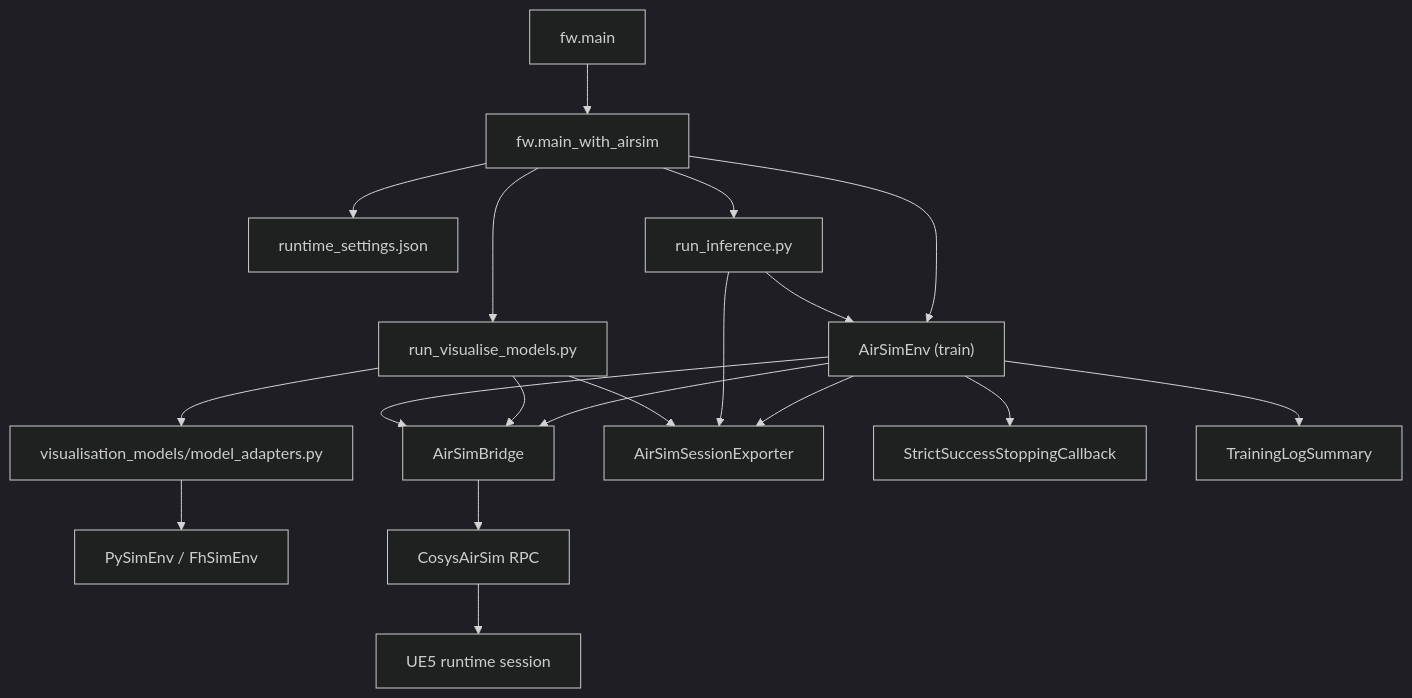
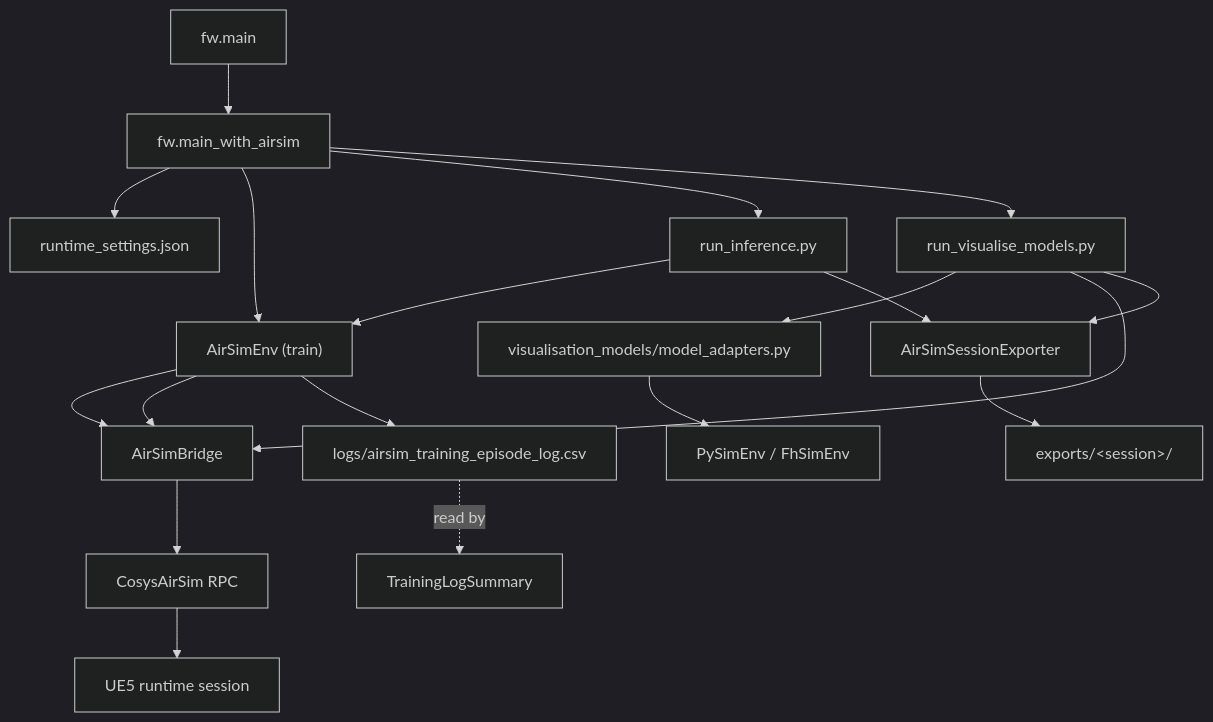
Before and after one commit to UAntwerpM4S/RudoLF: the second of 6 diagrams in docs/airsim_architecture.md, drawn with Mermaid (dark theme). The commit also changed other lines of this file and 3 other files, not shown here.

````diff
--- a/docs/airsim_architecture.md
+++ b/docs/airsim_architecture.md
@@ -30,26 +30,26 @@
 ```mermaid
 flowchart TD
     A["fw.main"] --> B["fw.main_with_airsim"]
     B --> C["runtime_settings.json"]
 
     B --> D["AirSimEnv (train)"]
     B --> E["run_inference.py"]
     B --> F["run_visualise_models.py"]
 
     D --> G["AirSimBridge"]
     E --> D
     F --> H["visualisation_models/model_adapters.py"]
     H --> I["PySimEnv / FhSimEnv"]
     F --> G
     D --> G
 
     G --> J["CosysAirSim RPC"]
     J --> K["UE5 runtime session"]
 
-    D --> L["AirSimSessionExporter"]
-    E --> L
-    F --> L
+    D --> L["logs/airsim_training_episode_log.csv"]
+    L -.->|read by| N["TrainingLogSummary"]
 
-    D --> M["StrictSuccessStoppingCallback"]
-    D --> N["TrainingLogSummary"]
+    E --> M["AirSimSessionExporter"]
+    F --> M
+    M --> O["exports/&lt;session&gt;/"]
 ```
````
